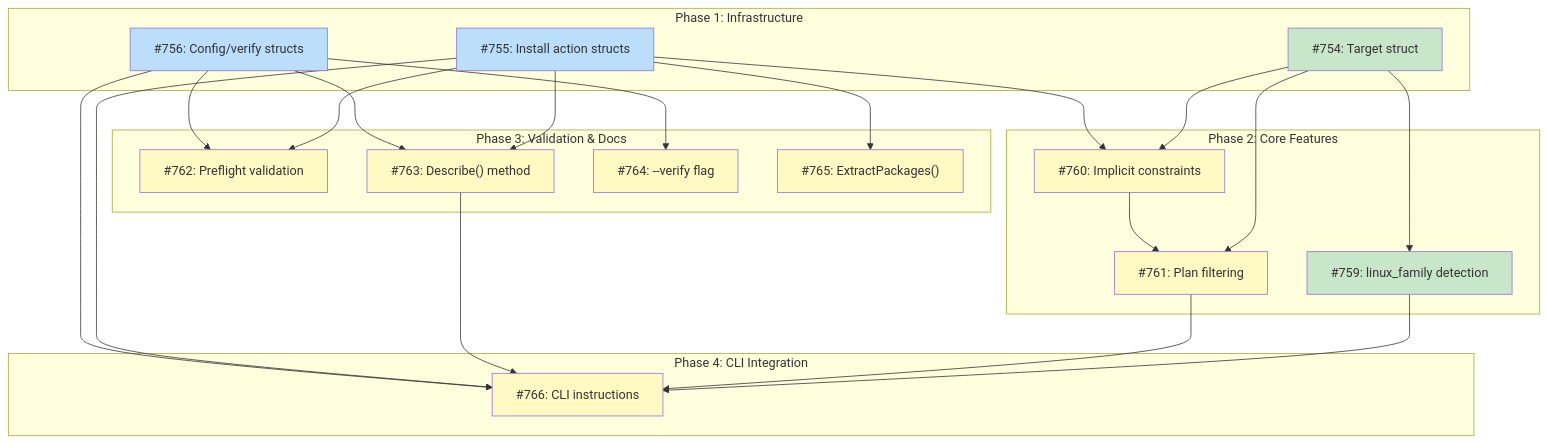
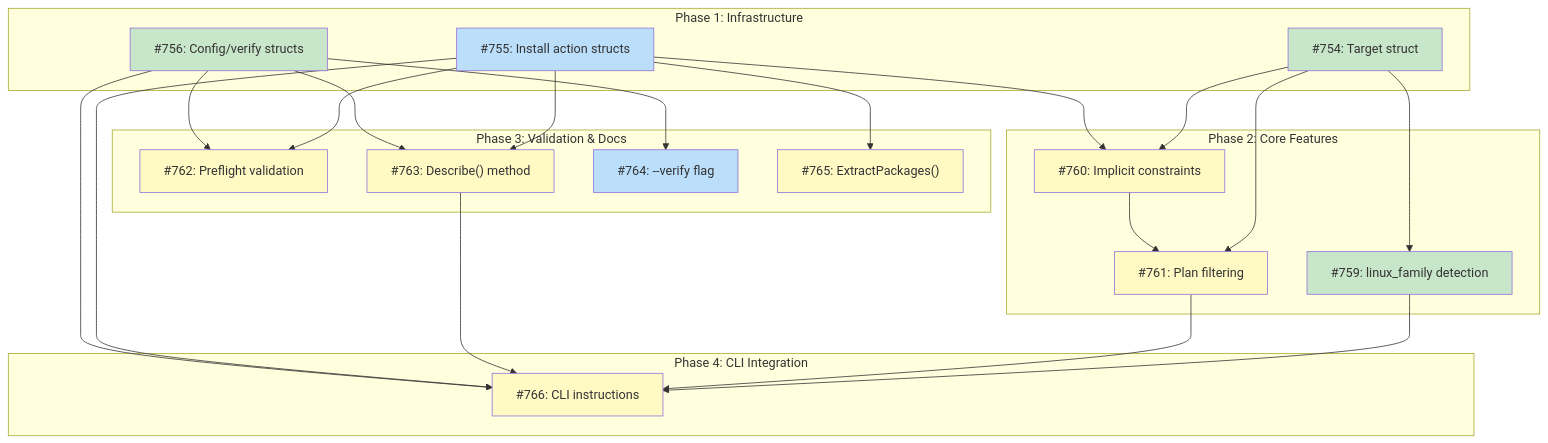
One commit to tsukumogami/tsuku changed the diagram in docs/DESIGN-system-dependency-actions.md. Above: the diagram before and after it, drawn with Mermaid. The commit also changed 3 other files, not shown here.

````diff
--- a/docs/DESIGN-system-dependency-actions.md
+++ b/docs/DESIGN-system-dependency-actions.md
@@ -27,51 +27,51 @@
 ```mermaid
 graph TD
     subgraph Phase1["Phase 1: Infrastructure"]
         I754["#754: Target struct"]
         I755["#755: Install action structs"]
         I756["#756: Config/verify structs"]
     end
 
     subgraph Phase2["Phase 2: Core Features"]
         I759["#759: linux_family detection"]
         I760["#760: Implicit constraints"]
         I761["#761: Plan filtering"]
     end
 
     subgraph Phase3["Phase 3: Validation & Docs"]
         I762["#762: Preflight validation"]
         I763["#763: Describe() method"]
         I764["#764: --verify flag"]
         I765["#765: ExtractPackages()"]
     end
 
     subgraph Phase4["Phase 4: CLI Integration"]
         I766["#766: CLI instructions"]
     end
 
     I754 --> I759
     I754 --> I760
     I755 --> I760
     I754 --> I761
     I760 --> I761
     I755 --> I762
     I756 --> I762
     I755 --> I763
     I756 --> I763
     I756 --> I764
     I755 --> I765
     I759 --> I766
     I761 --> I766
     I763 --> I766
     I755 --> I766
     I756 --> I766
 
     classDef done fill:#c8e6c9
     classDef ready fill:#bbdefb
     classDef blocked fill:#fff9c4
     classDef needsDesign fill:#e1bee7
 
-    class I754,I759 done
-    class I755,I756 ready
-    class I760,I761,I762,I763,I764,I765,I766 blocked
+    class I754,I756,I759 done
+    class I755,I764 ready
+    class I760,I761,I762,I763,I765,I766 blocked
 ```
````
